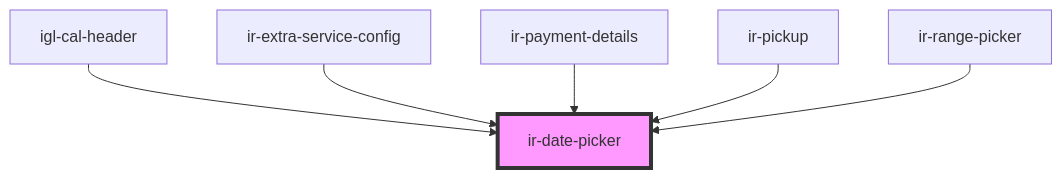
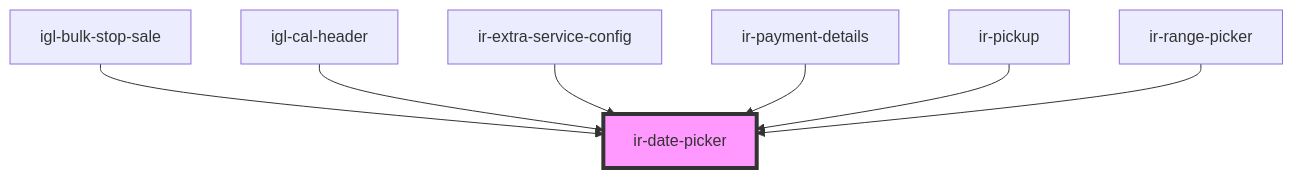
One commit to David1Chowaifaty/modified-ir-webcmp changed the diagram in src/components/ui/ir-date-picker/readme.md. Above: the diagram before and after it, drawn with Mermaid. The commit also changed other lines of this file and 50 other files, not shown here.

````diff
--- a/src/components/ui/ir-date-picker/readme.md
+++ b/src/components/ui/ir-date-picker/readme.md
@@ -74,9 +75,10 @@
 ```mermaid
 graph TD;
+  igl-bulk-stop-sale --> ir-date-picker
   igl-cal-header --> ir-date-picker
   ir-extra-service-config --> ir-date-picker
   ir-payment-details --> ir-date-picker
   ir-pickup --> ir-date-picker
   ir-range-picker --> ir-date-picker
   style ir-date-picker fill:#f9f,stroke:#333,stroke-width:4px
 ```
````
